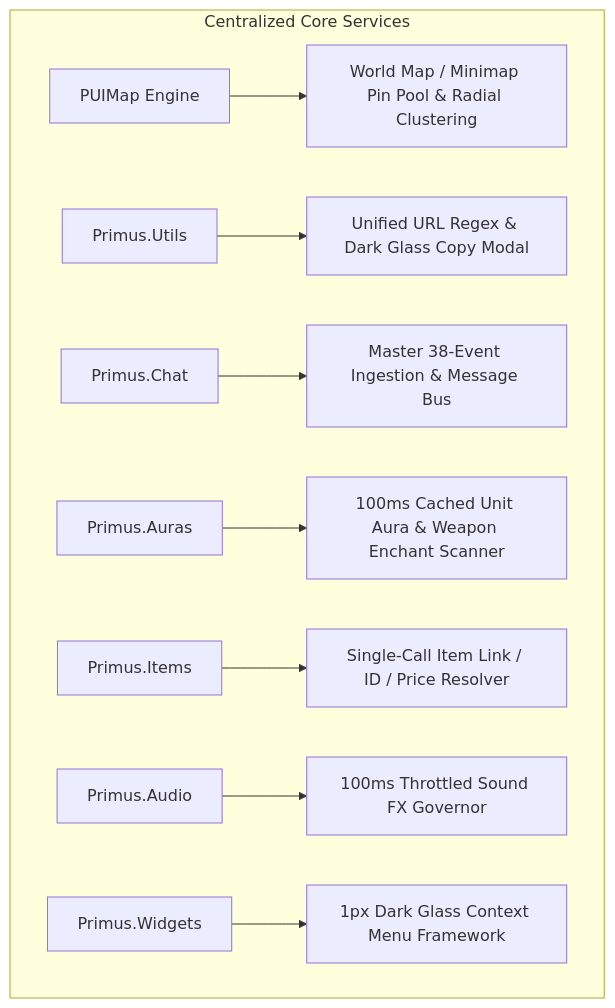
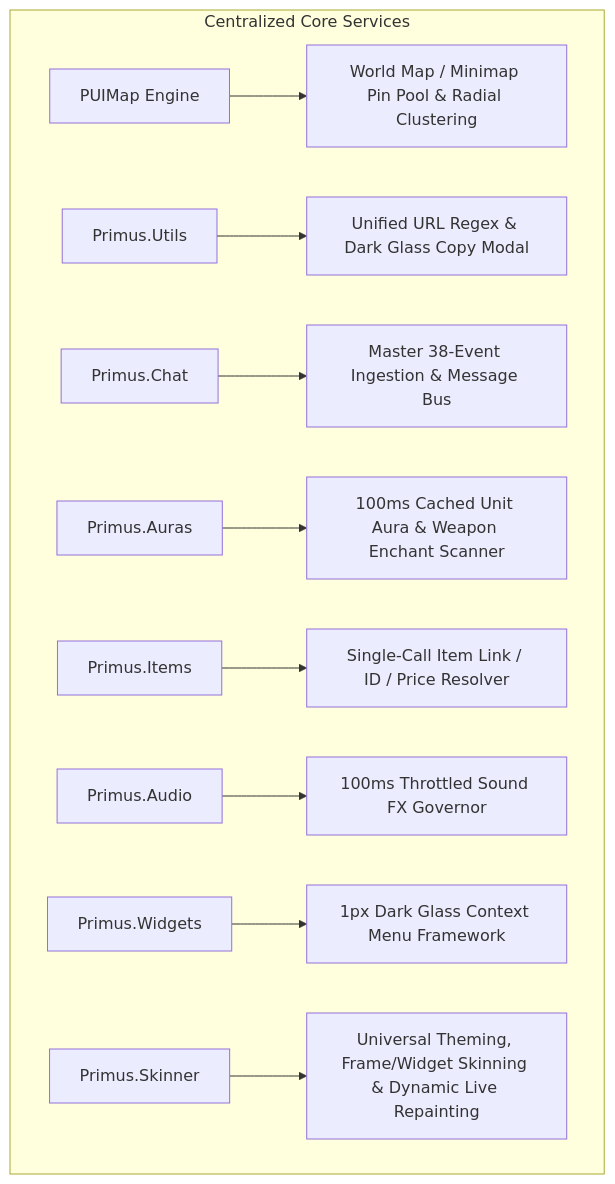
One commit to primus-tech/primussuite changed the first of 2 diagrams in README.md. Above: the diagram before and after it, drawn with Mermaid. The commit also changed other lines of this file and 15 other files, not shown here.

First line of the commit message:
feat(skinner): elevate Skinner to 8th core service with live dynamic theming across all modules

````diff
--- a/README.md
+++ b/README.md
@@ -185,12 +185,13 @@
 ```mermaid
 graph TD
     subgraph Centralized Core Services
         A[PUIMap Engine] --> A1[World Map / Minimap Pin Pool & Radial Clustering]
         B[Primus.Utils] --> B1[Unified URL Regex & Dark Glass Copy Modal]
         C[Primus.Chat] --> C1[Master 38-Event Ingestion & Message Bus]
         D[Primus.Auras] --> D1[100ms Cached Unit Aura & Weapon Enchant Scanner]
         E[Primus.Items] --> E1[Single-Call Item Link / ID / Price Resolver]
         F[Primus.Audio] --> F1[100ms Throttled Sound FX Governor]
         G[Primus.Widgets] --> G1[1px Dark Glass Context Menu Framework]
+        H[Primus.Skinner] --> H1[Universal Theming, Frame/Widget Skinning & Dynamic Live Repainting]
     end
 ```
````
